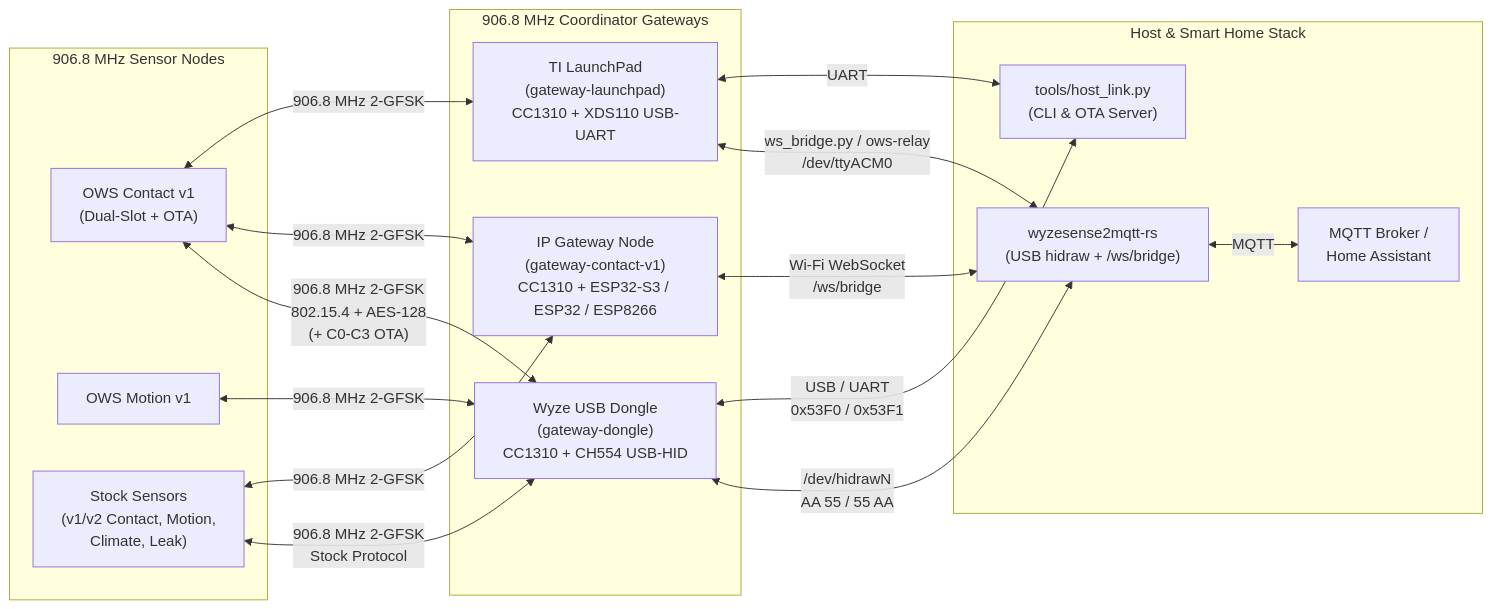
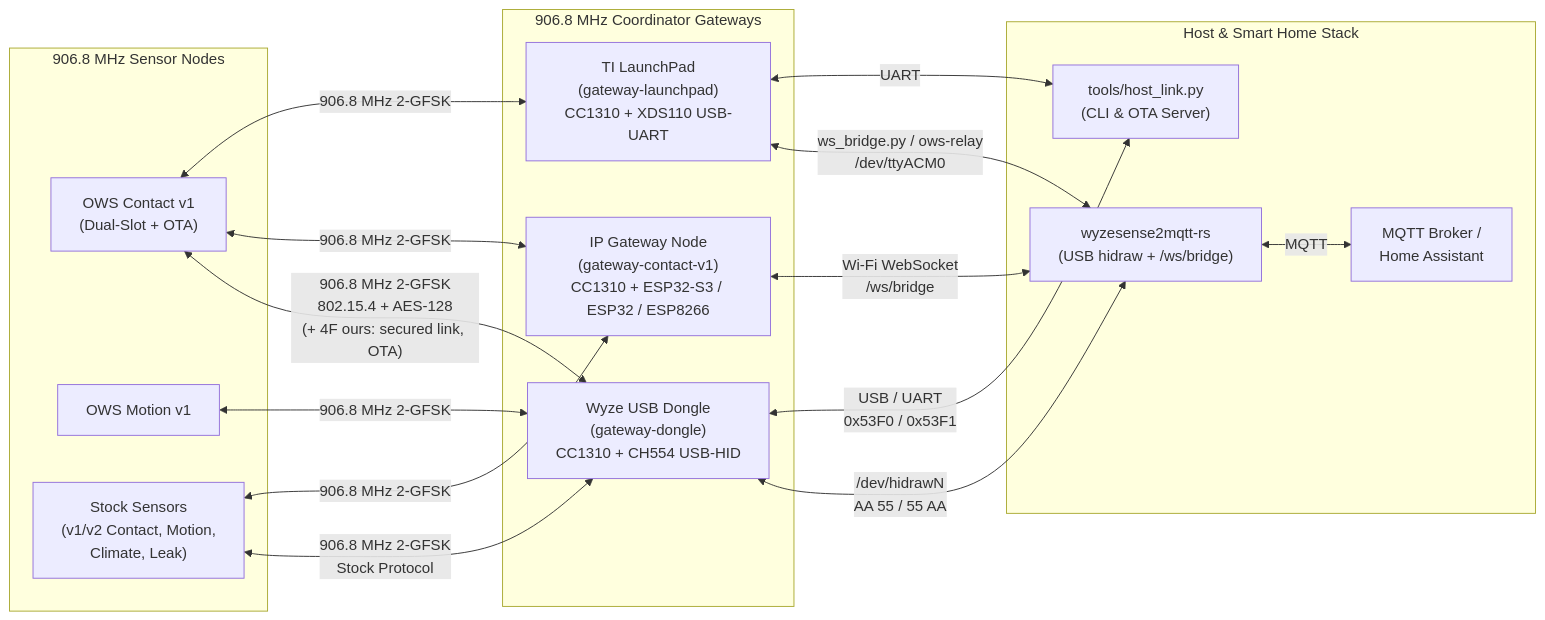
Before and after one commit to HclX/openwyzesense: the first of 4 diagrams in docs/design/DESIGN.md, drawn with Mermaid. The commit also changed other lines of this file and 12 other files, not shown here.

First line of the commit message:
OTA under 0x4F, sealed for a secured sensor, without the button (#28 prototype)

````diff
--- a/docs/design/DESIGN.md
+++ b/docs/design/DESIGN.md
@@ -63,34 +63,34 @@
 ```mermaid
 flowchart LR
     subgraph Sensors["906.8 MHz Sensor Nodes"]
         S1["OWS Contact v1\n(Dual-Slot + OTA)"]
         S2["OWS Motion v1"]
         S3["Stock Sensors\n(v1/v2 Contact, Motion,\nClimate, Leak)"]
     end
 
     subgraph Gateways["906.8 MHz Coordinator Gateways"]
         G1["Wyze USB Dongle\n(gateway-dongle)\nCC1310 + CH554 USB-HID"]
         G2["IP Gateway Node\n(gateway-contact-v1)\nCC1310 + ESP32-S3 / ESP32 / ESP8266"]
         G3["TI LaunchPad\n(gateway-launchpad)\nCC1310 + XDS110 USB-UART"]
     end
 
     subgraph Host["Host & Smart Home Stack"]
         W2M["wyzesense2mqtt-rs\n(USB hidraw + /ws/bridge)"]
         CLI["tools/host_link.py\n(CLI & OTA Server)"]
         MQTT["MQTT Broker /\nHome Assistant"]
     end
 
-    S1 <-->|"906.8 MHz 2-GFSK\n802.15.4 + AES-128\n(+ C0-C3 OTA)"| G1
+    S1 <-->|"906.8 MHz 2-GFSK\n802.15.4 + AES-128\n(+ 4F ours: secured link, OTA)"| G1
     S1 <-->|"906.8 MHz 2-GFSK"| G2
     S2 <-->|"906.8 MHz 2-GFSK"| G1
     S3 <-->|"906.8 MHz 2-GFSK\nStock Protocol"| G1
     S3 <-->|"906.8 MHz 2-GFSK"| G2
     S1 <-->|"906.8 MHz 2-GFSK"| G3
 
     G1 <-->|"/dev/hidrawN\nAA 55 / 55 AA"| W2M
     G2 <-->|"Wi-Fi WebSocket\n/ws/bridge"| W2M
     G3 <-->|"ws_bridge.py / ows-relay\n/dev/ttyACM0"| W2M
     G1 <-->|"USB / UART\n0x53F0 / 0x53F1"| CLI
     G3 <-->|"UART"| CLI
     W2M <-->|"MQTT"| MQTT
 ```
````
